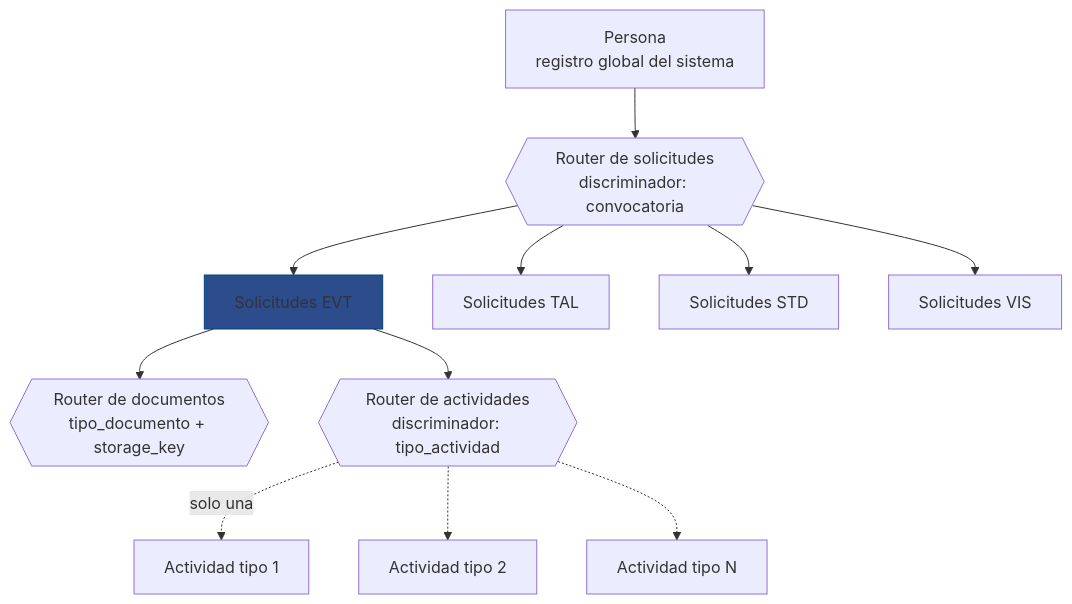
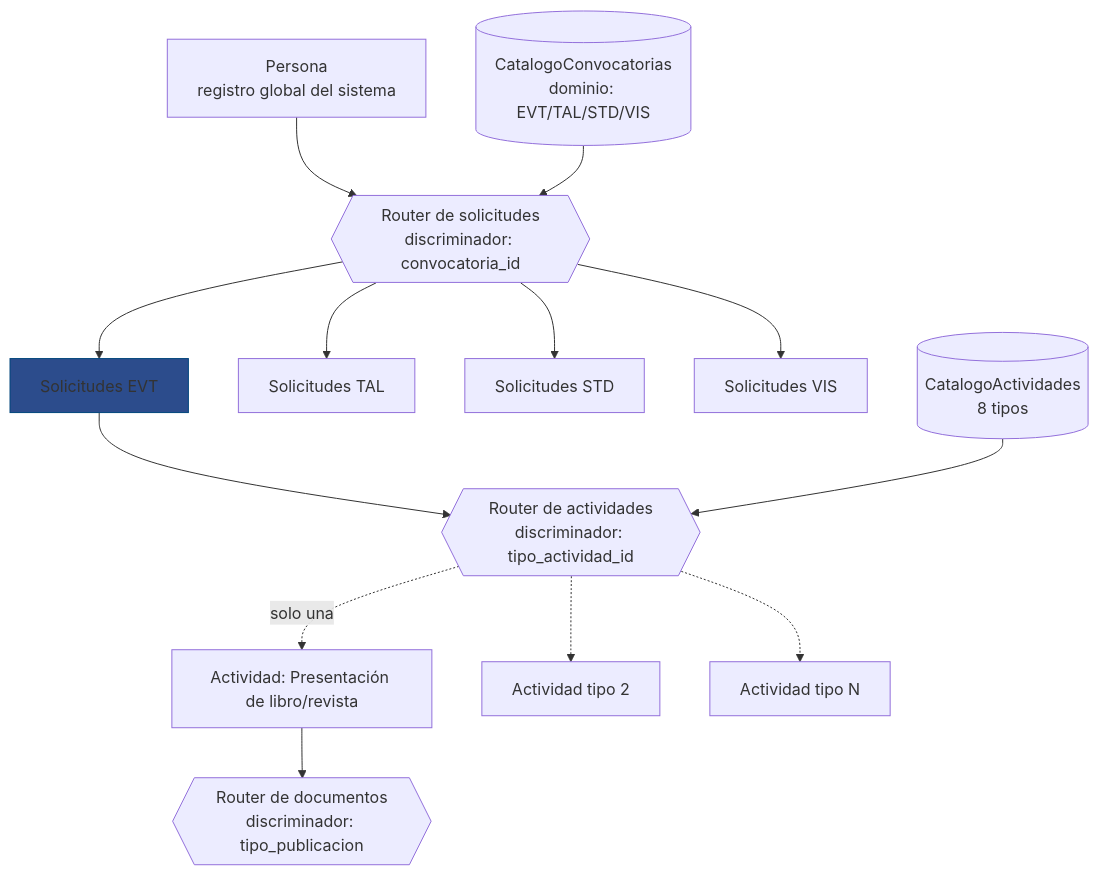
The first of 3 diagrams in docs/requisitos/EVT/Modelo de datos - Eventos.md (Proyectos-Vinculacion-FMAT/FILEYapp26), drawn with Mermaid before and after one commit. The commit also changed other lines of this file and 1 other file, not shown here.

First line of the commit message:
docs(EVT): catalogos de convocatoria y actividad, documentos ligados a publicacion

````diff
--- a/docs/requisitos/EVT/Modelo de datos - Eventos.md
+++ b/docs/requisitos/EVT/Modelo de datos - Eventos.md
@@ -51,33 +53,39 @@
 ```mermaid
 flowchart TD
     U[Persona<br/>registro global del sistema]
 
-    RS{{Router de solicitudes<br/>discriminador: convocatoria}}
+    CC[(CatalogoConvocatorias<br/>dominio: EVT/TAL/STD/VIS)]
+    RS{{Router de solicitudes<br/>discriminador: convocatoria_id}}
 
     S_EVT[Solicitudes EVT]
     S_TAL[Solicitudes TAL]
     S_STD[Solicitudes STD]
     S_VIS[Solicitudes VIS]
 
-    RD{{Router de documentos<br/>tipo_documento + storage_key}}
-    RA{{Router de actividades<br/>discriminador: tipo_actividad}}
+    CA[(CatalogoActividades<br/>8 tipos)]
+    RA{{Router de actividades<br/>discriminador: tipo_actividad_id}}
 
-    A_1[Actividad tipo 1]
+    A_1[Actividad: Presentación de libro/revista]
     A_2[Actividad tipo 2]
     A_n[Actividad tipo N]
 
+    RD{{Router de documentos<br/>discriminador: tipo_publicacion}}
+
     U --> RS
+    CC --> RS
     RS --> S_EVT
     RS --> S_TAL
     RS --> S_STD
     RS --> S_VIS
 
-    S_EVT --> RD
     S_EVT --> RA
+    CA --> RA
 
     RA -.->|solo una| A_1
     RA -.-> A_2
     RA -.-> A_n
 
+    A_1 --> RD
+
     style S_EVT fill:#2C4C8C , stroke:#01457C
 ```
````
